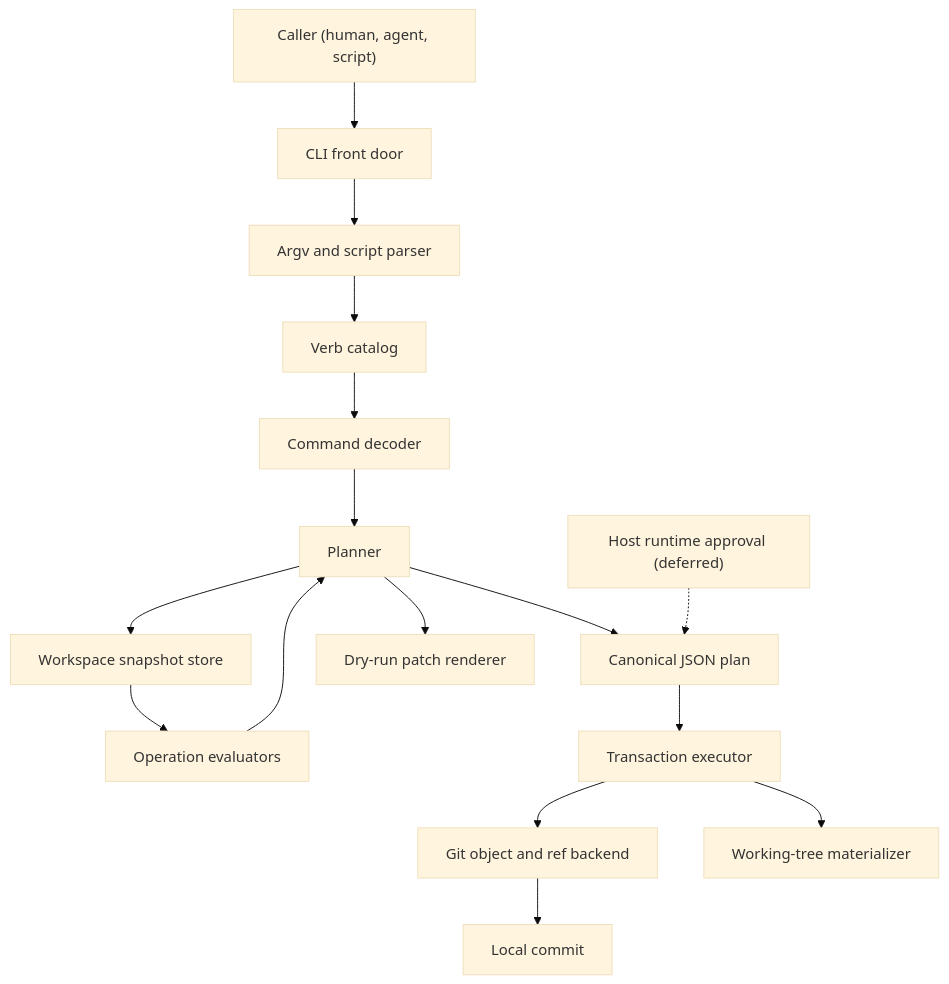
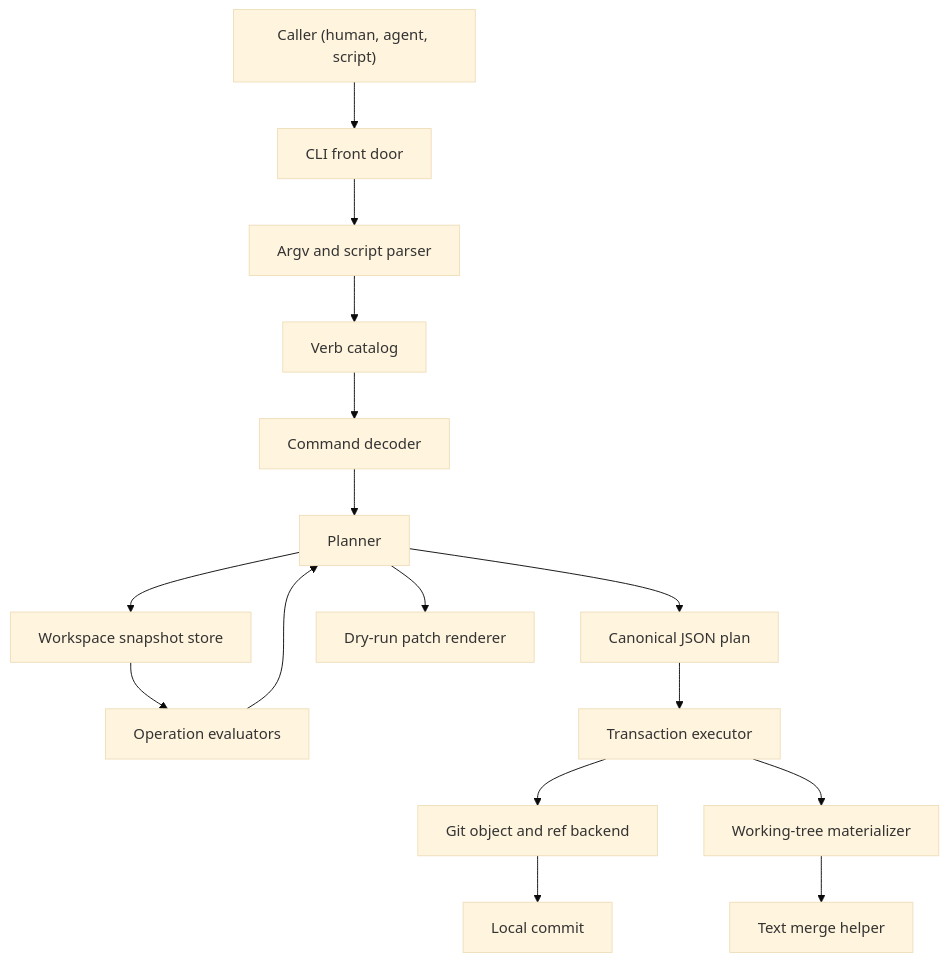
The diagram in spec.md (brandonbloom/etch), drawn with Mermaid (base theme) before and after one commit. The commit also changed other lines of this file, not shown here.

````diff
--- a/spec.md
+++ b/spec.md
@@ -487,18 +522,18 @@
 ```mermaid
 flowchart TD
   Caller["Caller (human, agent, script)"] --> CLI["CLI front door"]
   CLI --> Parser["Argv and script parser"]
   Parser --> Catalog["Verb catalog"]
   Catalog --> Normalizer["Command decoder"]
   Normalizer --> Planner["Planner"]
   Planner --> Store["Workspace snapshot store"]
   Store --> Evaluators["Operation evaluators"]
   Evaluators --> Planner
   Planner --> JSONPlan["Canonical JSON plan"]
   Planner --> Patch["Dry-run patch renderer"]
   JSONPlan --> Executor["Transaction executor"]
   Executor --> GitBackend["Git object and ref backend"]
   GitBackend --> Commit["Local commit"]
   Executor --> Materializer["Working-tree materializer"]
-  Host["Host runtime approval (deferred)"] -.-> JSONPlan
+  Materializer --> Merge["Text merge helper"]
 ```
````
